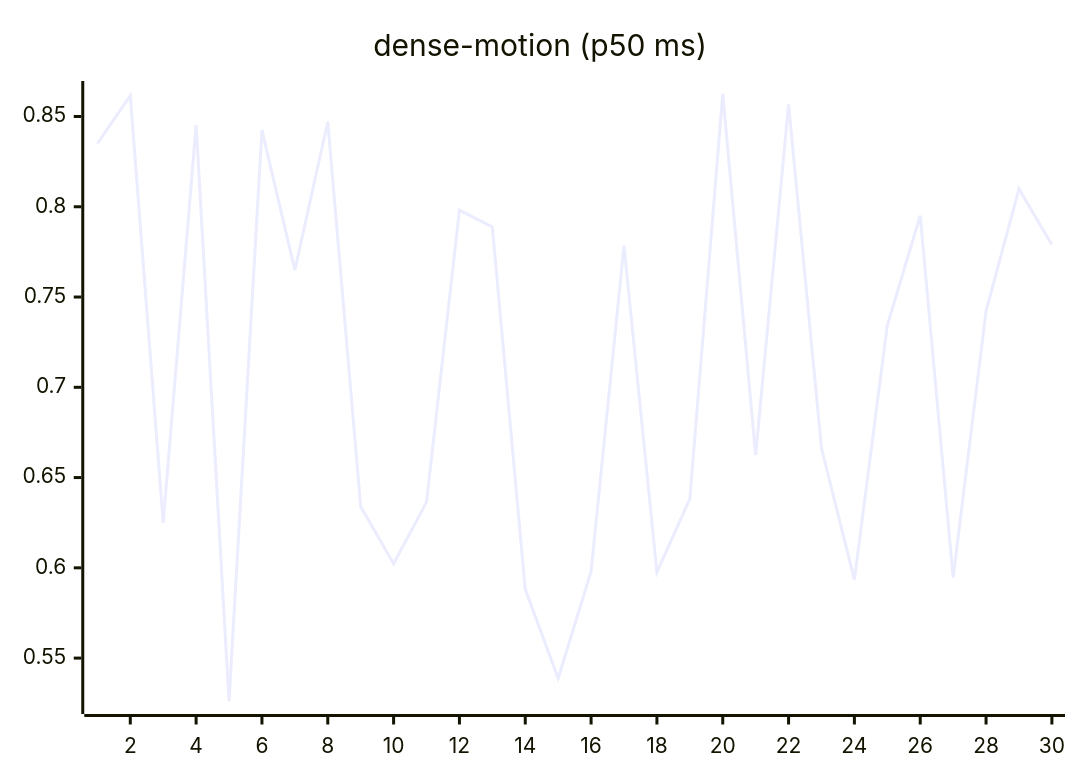
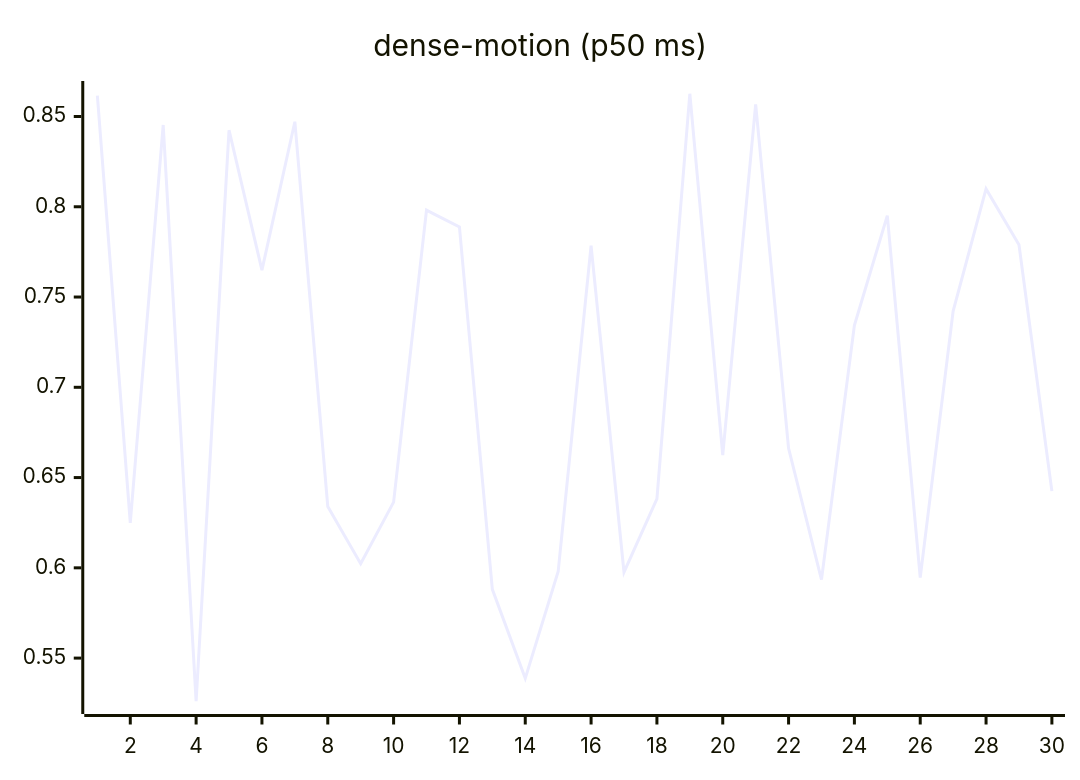
The ninth of 27 diagrams in README.md (josha/Facet), drawn with Mermaid before and after one commit. The commit also changed other lines of this file and 2 other files, not shown here.

````diff
--- a/README.md
+++ b/README.md
@@ -119,6 +119,6 @@
 ```mermaid
 xychart-beta
     title "dense-motion (p50 ms)"
     x-axis 1 --> 30
-    line [0.8350, 0.8616, 0.6249, 0.8453, 0.5261, 0.8424, 0.7649, 0.8471, 0.6340, 0.6023, 0.6364, 0.7981, 0.7888, 0.5881, 0.5388, 0.5980, 0.7785, 0.5976, 0.6382, 0.8626, 0.6624, 0.8567, 0.6662, 0.5935, 0.7344, 0.7951, 0.5946, 0.7422, 0.8099, 0.7789]
+    line [0.8616, 0.6249, 0.8453, 0.5261, 0.8424, 0.7649, 0.8471, 0.6340, 0.6023, 0.6364, 0.7981, 0.7888, 0.5881, 0.5388, 0.5980, 0.7785, 0.5976, 0.6382, 0.8626, 0.6624, 0.8567, 0.6662, 0.5935, 0.7344, 0.7951, 0.5946, 0.7422, 0.8099, 0.7789, 0.6425]
 ```
````
